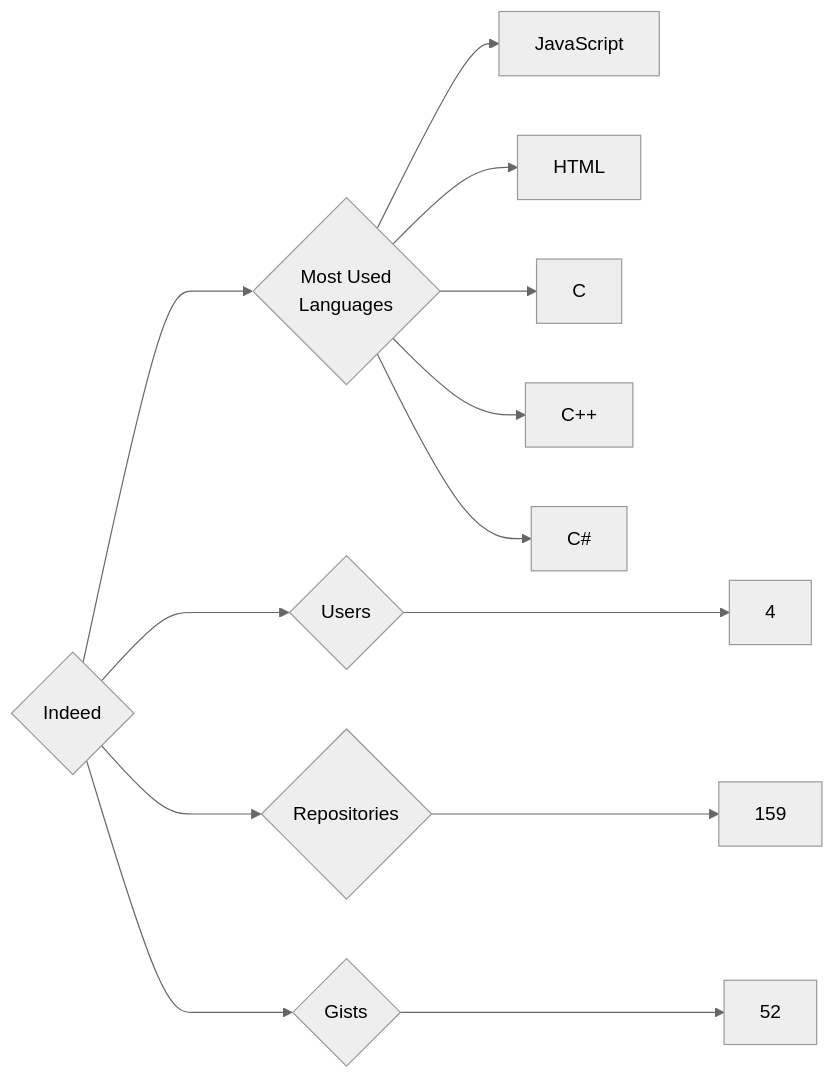
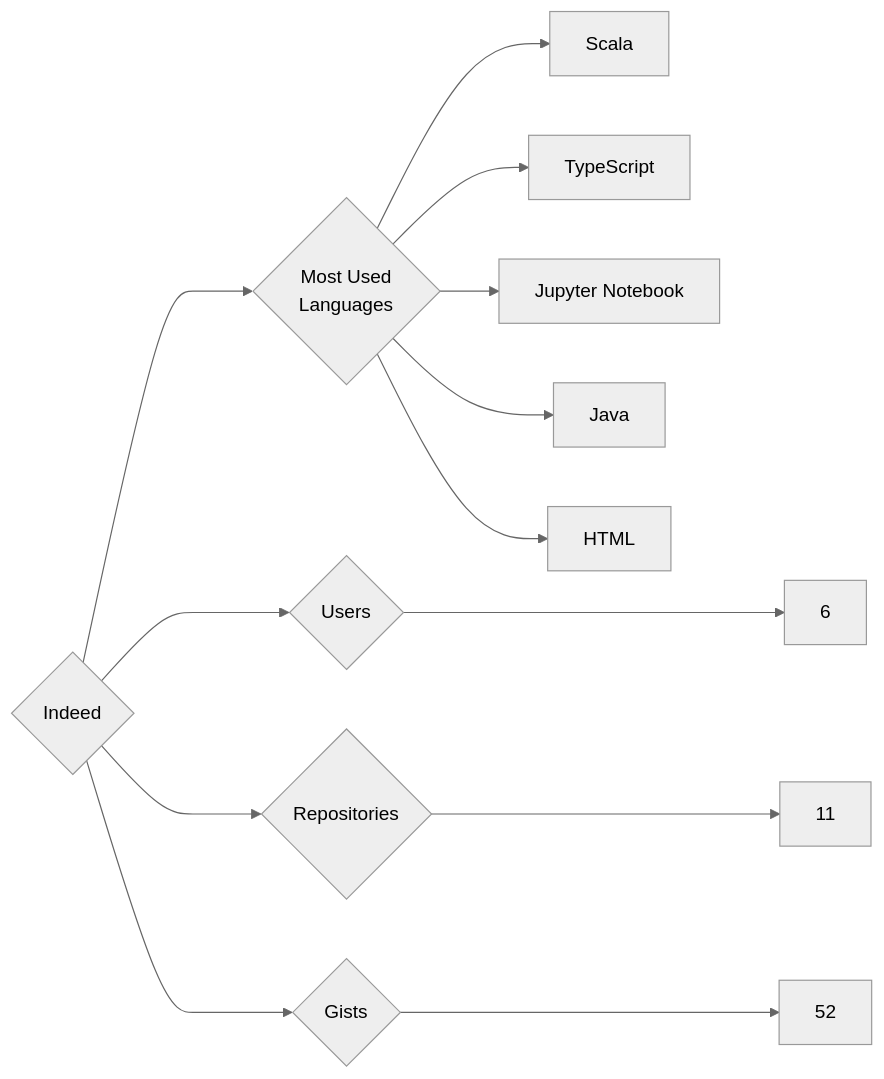
The diagram in targets/Indeed/README.md (trickest/insiders), drawn with Mermaid (neutral theme) before and after one commit. The commit also changed 1123 other files, not shown here.

````diff
--- a/targets/Indeed/README.md
+++ b/targets/Indeed/README.md
@@ -3,13 +3,13 @@
 ```mermaid
 graph LR
 COMPANY_NAME{Indeed}
-COMPANY_NAME ---> U{Users} ---> UN[4]
-COMPANY_NAME ---> R{Repositories} ---> RN[159]
+COMPANY_NAME ---> U{Users} ---> UN[6]
+COMPANY_NAME ---> R{Repositories} ---> RN[11]
 COMPANY_NAME ---> G{Gists} ---> GN[52]
 COMPANY_NAME ---> ML{Most Used<br>Languages}
-ML --> JavaScript[JavaScript]
+ML --> Scala[Scala]
+ML --> TypeScript[TypeScript]
+ML --> Jupyter_Notebook[Jupyter Notebook]
+ML --> Java[Java]
 ML --> HTML[HTML]
-ML --> C[C]
-ML --> C++[C++]
-ML --> C#[C#]
 ```
````
